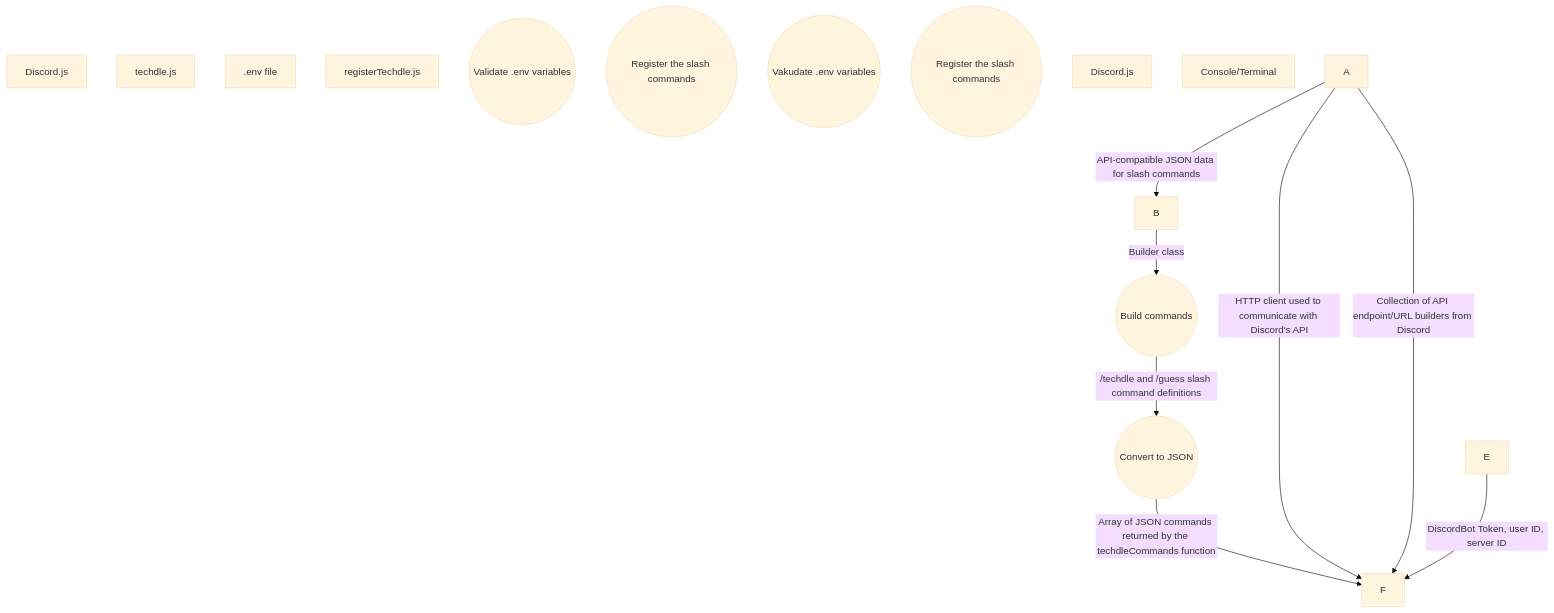
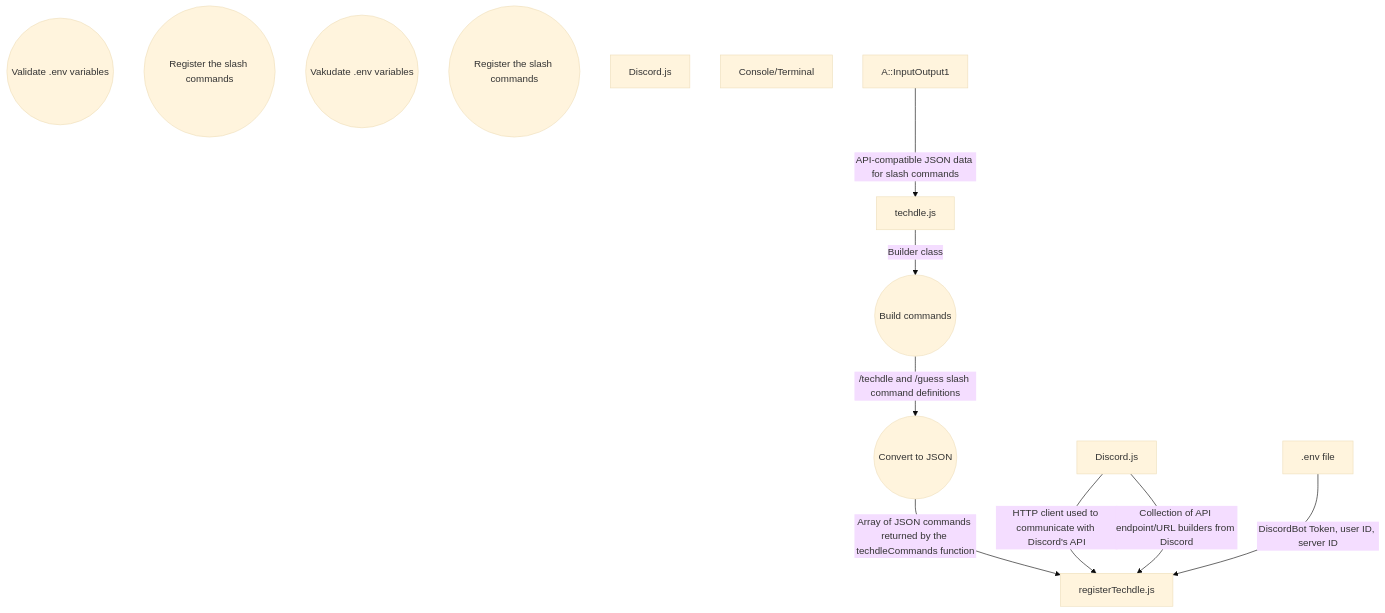
The second of 2 diagrams in ARCHITECTURE.md (AythanP/CopyWordleBot), drawn with Mermaid (base theme) before and after one commit.

````diff
--- a/ARCHITECTURE.md
+++ b/ARCHITECTURE.md
@@ -21,24 +21,24 @@
 ```mermaid
 flowchart TD
-    A::InputOutput1[Discord.js]
-    B::InputOutput1[techdle.js]
+    A[Discord.js]
+    B[techdle.js]
     C((Build commands))
     D((Convert to JSON))
-    E::InputOutput1[.env file]
-    F::InputOutput1[registerTechdle.js]
+    E[.env file]
+    F[registerTechdle.js]
     G((Validate .env variables))
     H((Register the slash commands))
     I((Vakudate .env variables))
     J((Register the slash commands))
-    K::InputOutput1[Discord.js]
+    K[Discord.js]
     L[Console/Terminal]
     classDef InputOutput1 fill:#ffd700;
 
-    A-->|API-compatible JSON data for slash commands|B
+    A::InputOutput1-->|API-compatible JSON data for slash commands|B
     B-->|Builder class|C
     C-->|/techdle and /guess slash command definitions|D
     D-->|Array of JSON commands returned by the techdleCommands function|F
     A-->|HTTP client used to communicate with Discord's API|F
     A-->|Collection of API endpoint/URL builders from Discord|F
     E-->|DiscordBot Token, user ID, server ID|F
 ```
````
